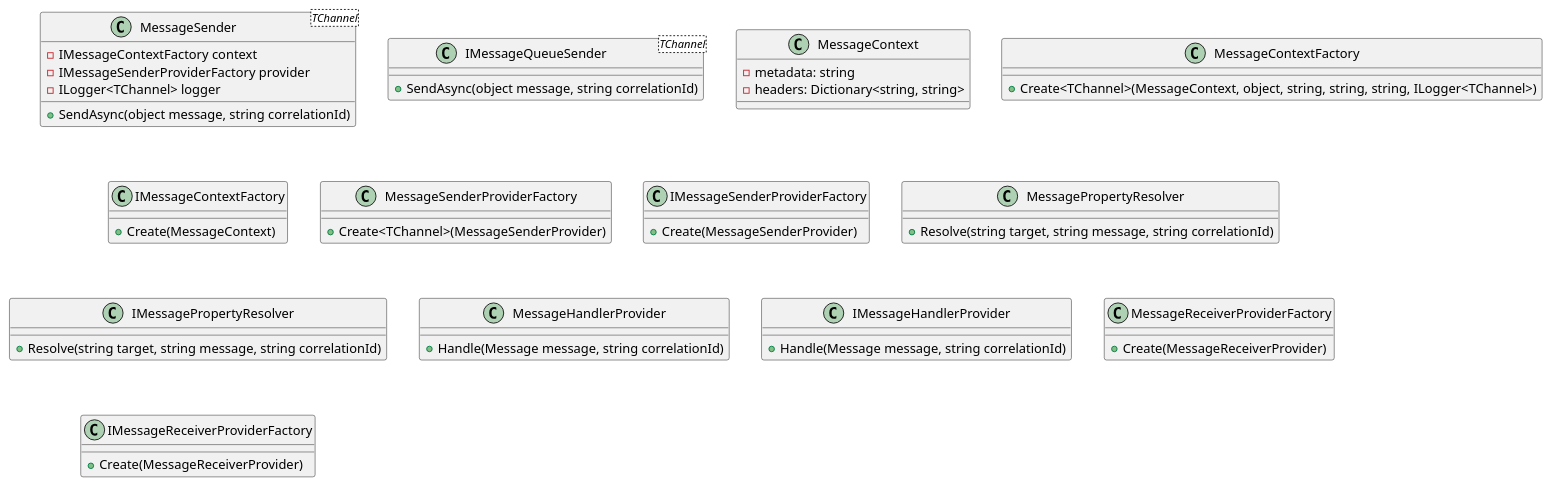
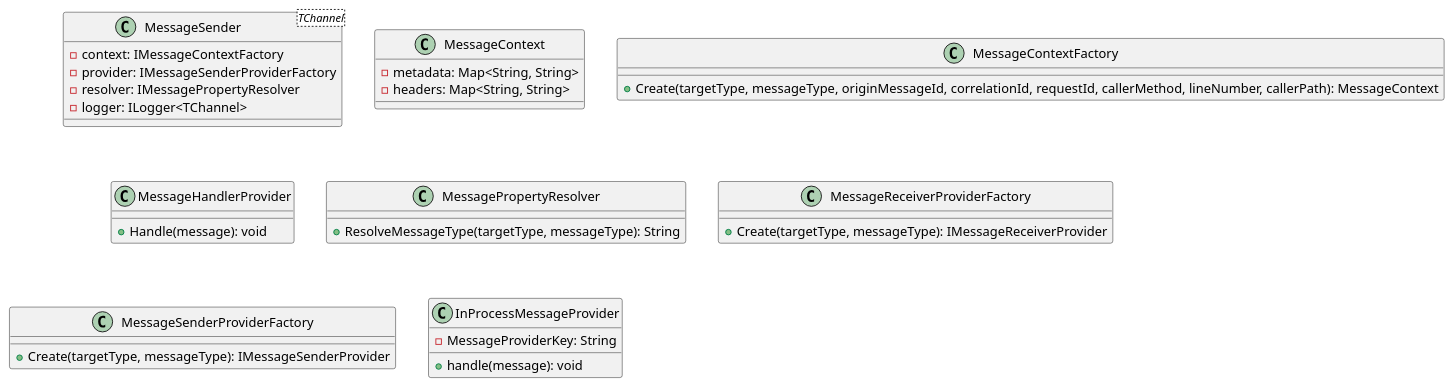
Before and after one commit to mwwhited-forks/dotnet-libs: the first of 2 diagrams in docs/generated/Framework/Eliassen.MessageQueueing/Documentation.md, drawn with PlantUML. The commit also changed other lines of this file and 444 other files, not shown here.

````diff
--- a/docs/generated/Framework/Eliassen.MessageQueueing/Documentation.md
+++ b/docs/generated/Framework/Eliassen.MessageQueueing/Documentation.md
@@ -28,60 +25,40 @@
 ```plantuml
 @startuml
 class MessageSender<TChannel> {
-  - IMessageContextFactory context
-  - IMessageSenderProviderFactory provider
-  - ILogger<TChannel> logger
-  + SendAsync(object message, string correlationId)
-}
-
-class IMessageQueueSender<TChannel> {
-  + SendAsync(object message, string correlationId)
+  - context: IMessageContextFactory
+  - provider: IMessageSenderProviderFactory
+  - resolver: IMessagePropertyResolver
+  - logger: ILogger<TChannel>
 }
 
 class MessageContext {
-  - metadata: string
-  - headers: Dictionary<string, string>
+  - metadata: Map<String, String>
+  - headers: Map<String, String>
 }
 
 class MessageContextFactory {
-  + Create<TChannel>(MessageContext, object, string, string, string, ILogger<TChannel>)
+  + Create(targetType, messageType, originMessageId, correlationId, requestId, callerMethod, lineNumber, callerPath): MessageContext
 }
 
-class IMessageContextFactory {
-  + Create(MessageContext)
+class MessageHandlerProvider {
+  + Handle(message): void
+}
+
+class MessagePropertyResolver {
+  + ResolveMessageType(targetType, messageType): String
+}
+
+class MessageReceiverProviderFactory {
+  + Create(targetType, messageType): IMessageReceiverProvider
 }
 
 class MessageSenderProviderFactory {
-  + Create<TChannel>(MessageSenderProvider)
+  + Create(targetType, messageType): IMessageSenderProvider
 }
 
-class IMessageSenderProviderFactory {
-  + Create(MessageSenderProvider)
+class InProcessMessageProvider {
+  + handle(message): void
+  - MessageProviderKey: String
 }
-
-class MessagePropertyResolver {
-  + Resolve(string target, string message, string correlationId)
-}
-
-class IMessagePropertyResolver {
-  + Resolve(string target, string message, string correlationId)
-}
-
-class MessageHandlerProvider {
-  + Handle(Message message, string correlationId)
-}
-
-class IMessageHandlerProvider {
-  + Handle(Message message, string correlationId)
-}
-
-class MessageReceiverProviderFactory {
-  + Create(MessageReceiverProvider)
-}
-
-class IMessageReceiverProviderFactory {
-  + Create(MessageReceiverProvider)
-}
-
 @enduml
 ```
````
